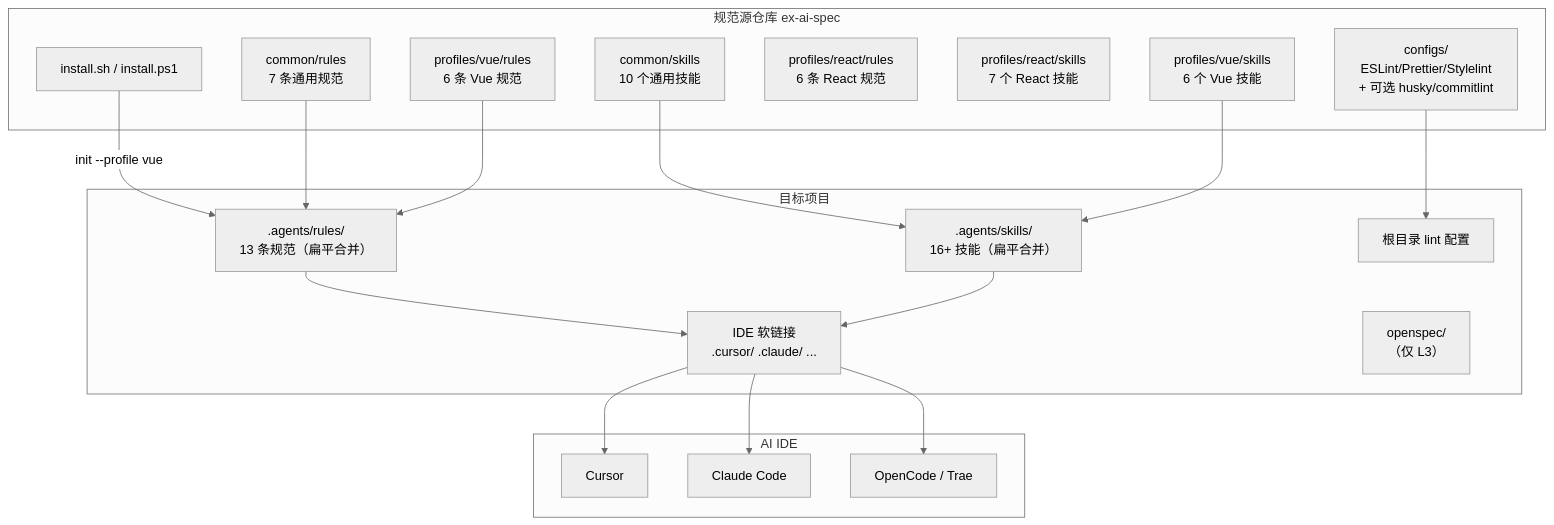
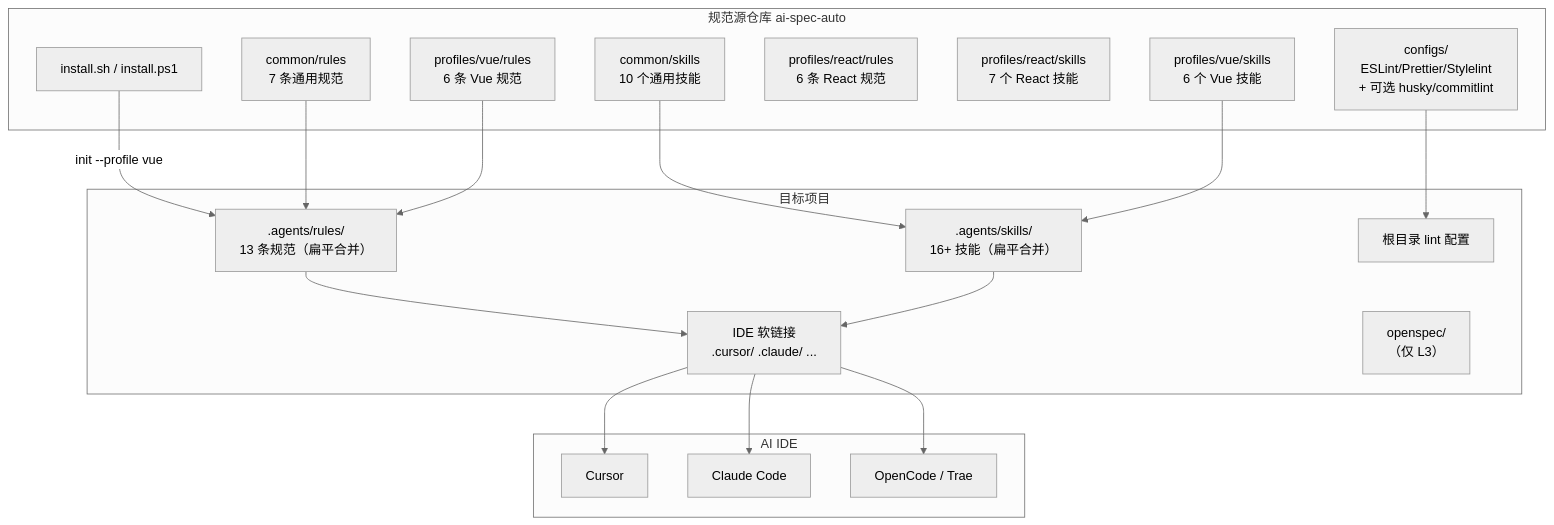
One commit to Colouful/br-ai-spec changed the first of 3 diagrams in docs/项目需求说明.md. Above: the diagram before and after it, drawn with Mermaid (neutral theme). The commit also changed other lines of this file and 92 other files, not shown here.

````diff
--- a/docs/项目需求说明.md
+++ b/docs/项目需求说明.md
@@ -438,39 +438,39 @@
 ```mermaid
 graph TB
-    subgraph specRepo ["规范源仓库 ex-ai-spec "]
+    subgraph specRepo ["规范源仓库 ai-spec-auto "]
         CommonRules["common/rules<br/>7 条通用规范"]
         CommonSkills["common/skills<br/>10 个通用技能"]
         VueRules["profiles/vue/rules<br/>6 条 Vue 规范"]
         VueSkills["profiles/vue/skills<br/>6 个 Vue 技能"]
         ReactRules["profiles/react/rules<br/>6 条 React 规范"]
         ReactSkills["profiles/react/skills<br/>7 个 React 技能"]
         Configs["configs/<br/>ESLint/Prettier/Stylelint<br/>+ 可选 husky/commitlint"]
         InstallScript["install.sh / install.ps1"]
     end
 
     subgraph targetProject ["目标项目"]
         FlatRules[".agents/rules/<br/>13 条规范（扁平合并）"]
         FlatSkills[".agents/skills/<br/>16+ 技能（扁平合并）"]
         LintConfigs["根目录 lint 配置"]
         IDELinks["IDE 软链接<br/>.cursor/ .claude/ ..."]
         OpenSpecDir["openspec/<br/>（仅 L3）"]
     end
 
     subgraph aiIDE ["AI IDE"]
         CursorIDE["Cursor"]
         ClaudeCode["Claude Code"]
         OtherIDE["OpenCode / Trae"]
     end
 
     InstallScript -->|"init --profile vue"| FlatRules
     CommonRules --> FlatRules
     VueRules --> FlatRules
     CommonSkills --> FlatSkills
     VueSkills --> FlatSkills
     Configs --> LintConfigs
     FlatRules --> IDELinks
     FlatSkills --> IDELinks
     IDELinks --> CursorIDE
     IDELinks --> ClaudeCode
     IDELinks --> OtherIDE
 ```
````
